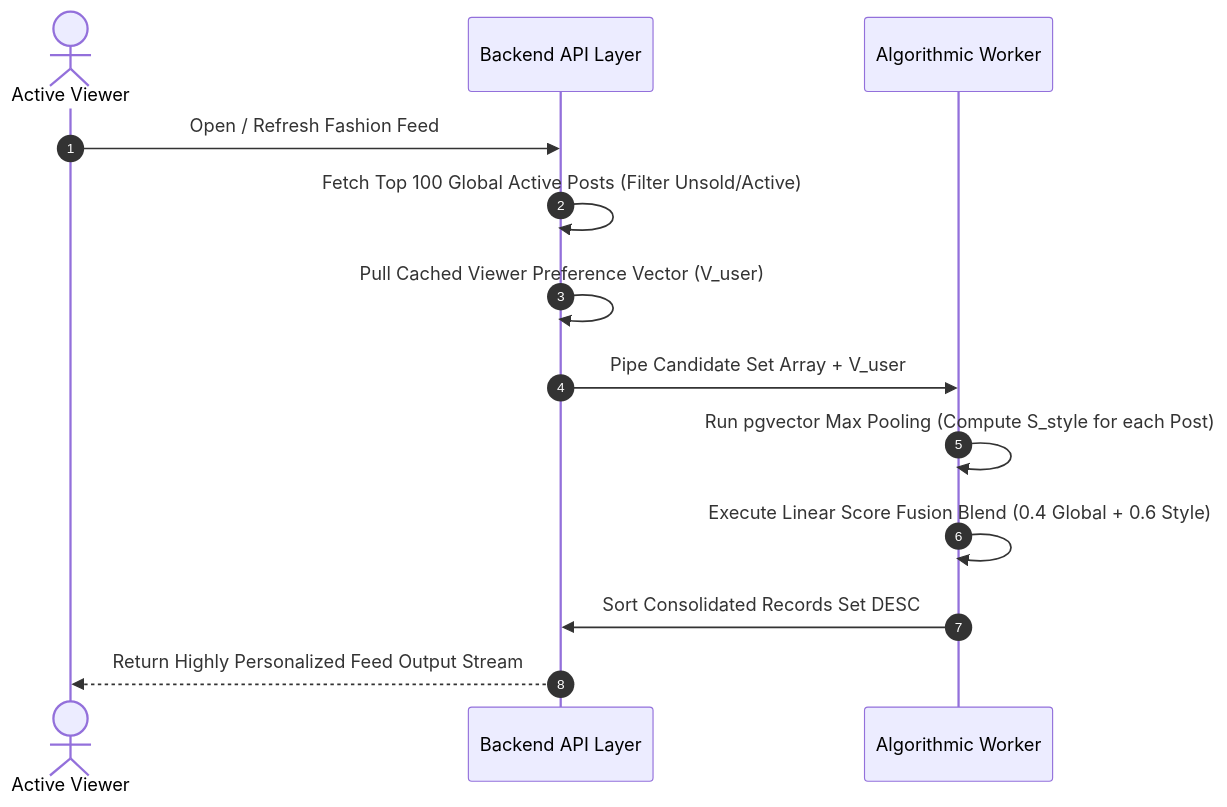
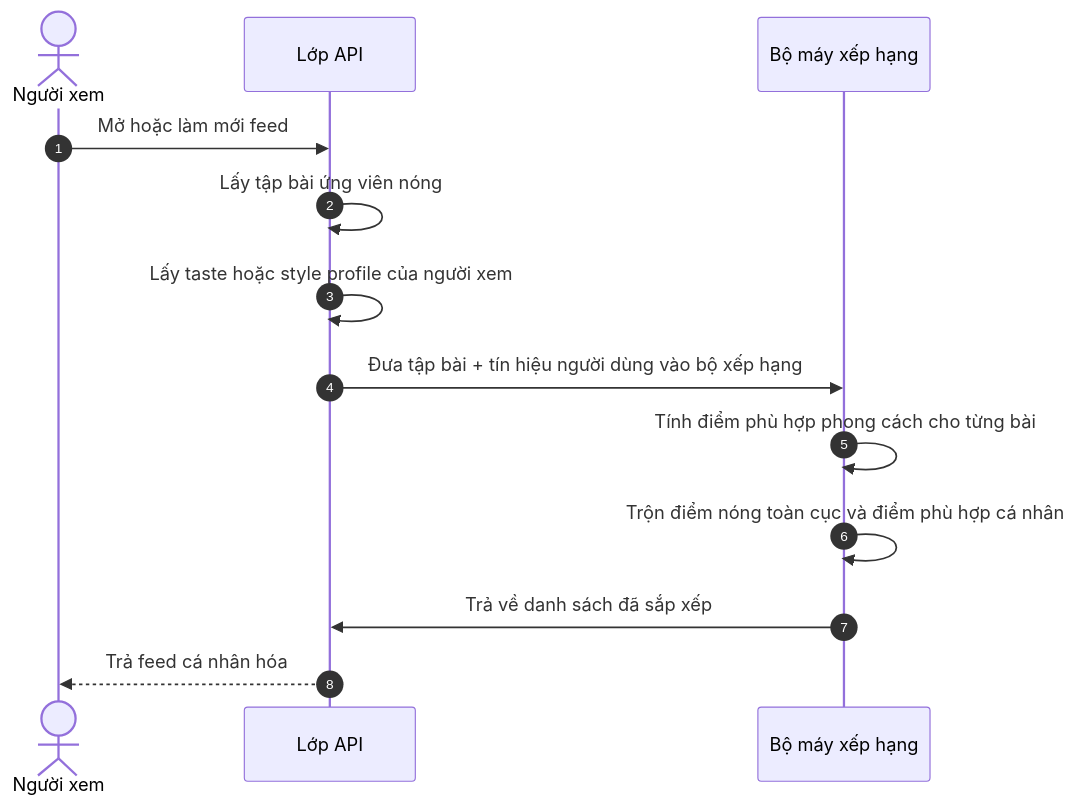
Before and after one commit to hycat-team/smart-wardrobe-be: the second of 2 diagrams in docs/business/CORE_ENGINE_ALGORITHMIC.md, drawn with Mermaid. The commit also changed other lines of this file and 5 other files, not shown here.

````diff
--- a/docs/business/CORE_ENGINE_ALGORITHMIC.md
+++ b/docs/business/CORE_ENGINE_ALGORITHMIC.md
@@ -81,17 +170,17 @@
 ```mermaid
 sequenceDiagram
     autonumber
-    actor Client as Active Viewer
-    participant Server as Backend API Layer
-    participant Engine as Algorithmic Worker
+    actor Client as Người xem
+    participant Server as Lớp API
+    participant Engine as Bộ máy xếp hạng
 
-    Client->>Server: Open / Refresh Fashion Feed
-    Server->>Server: Fetch Top 100 Global Active Posts (Filter Unsold/Active)
-    Server->>Server: Pull Cached Viewer Preference Vector (V_user)
-    Server->>Engine: Pipe Candidate Set Array + V_user
-    Engine->>Engine: Run pgvector Max Pooling (Compute S_style for each Post)
-    Engine->>Engine: Execute Linear Score Fusion Blend (0.4 Global + 0.6 Style)
-    Engine->>Server: Sort Consolidated Records Set DESC
-    Server-->>Client: Return Highly Personalized Feed Output Stream
+    Client->>Server: Mở hoặc làm mới feed
+    Server->>Server: Lấy tập bài ứng viên nóng
+    Server->>Server: Lấy taste hoặc style profile của người xem
+    Server->>Engine: Đưa tập bài + tín hiệu người dùng vào bộ xếp hạng
+    Engine->>Engine: Tính điểm phù hợp phong cách cho từng bài
+    Engine->>Engine: Trộn điểm nóng toàn cục và điểm phù hợp cá nhân
+    Engine->>Server: Trả về danh sách đã sắp xếp
+    Server-->>Client: Trả feed cá nhân hóa
 
 ```
````
